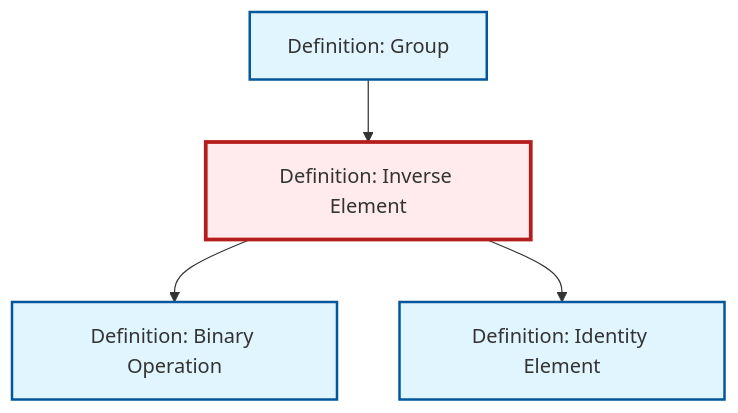
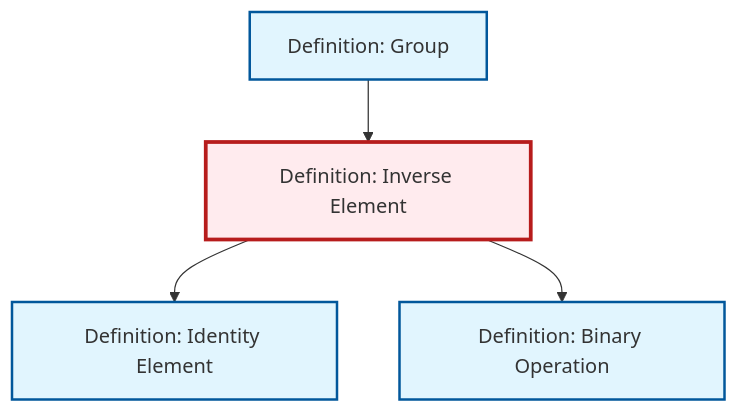
Before and after one commit to RK0429/ModernMath: the diagram in content/ja/algebra/def-inverse-element.qmd, drawn with Mermaid. The commit also changed other lines of this file and 417 other files, not shown here.

````diff
--- a/content/ja/algebra/def-inverse-element.qmd
+++ b/content/ja/algebra/def-inverse-element.qmd
@@ -84,20 +84,20 @@
 ```{mermaid}
 %%| fig-cap: "Local dependency graph"
 graph TD
     classDef definition fill:#e1f5fe,stroke:#01579b,stroke-width:2px
     classDef theorem fill:#f3e5f5,stroke:#4a148c,stroke-width:2px
     classDef axiom fill:#fff3e0,stroke:#e65100,stroke-width:2px
     classDef example fill:#e8f5e9,stroke:#1b5e20,stroke-width:2px
     classDef current fill:#ffebee,stroke:#b71c1c,stroke-width:3px
     def-inverse-element["Definition: Inverse Element"]:::definition
     def-group["Definition: Group"]:::definition
+    def-binary-operation["Definition: Binary Operation"]:::definition
     def-identity-element["Definition: Identity Element"]:::definition
-    def-binary-operation["Definition: Binary Operation"]:::definition
+    def-group --> def-inverse-element
+    def-inverse-element --> def-identity-element
     def-inverse-element --> def-binary-operation
-    def-inverse-element --> def-identity-element
-    def-group --> def-inverse-element
     class def-inverse-element current
     click def-group "def-group.html" "Definition: Groupへ"
+    click def-binary-operation "def-binary-operation.html" "Definition: Binary Operationへ"
     click def-identity-element "def-identity-element.html" "Definition: Identity Elementへ"
-    click def-binary-operation "def-binary-operation.html" "Definition: Binary Operationへ"
 ```
````
